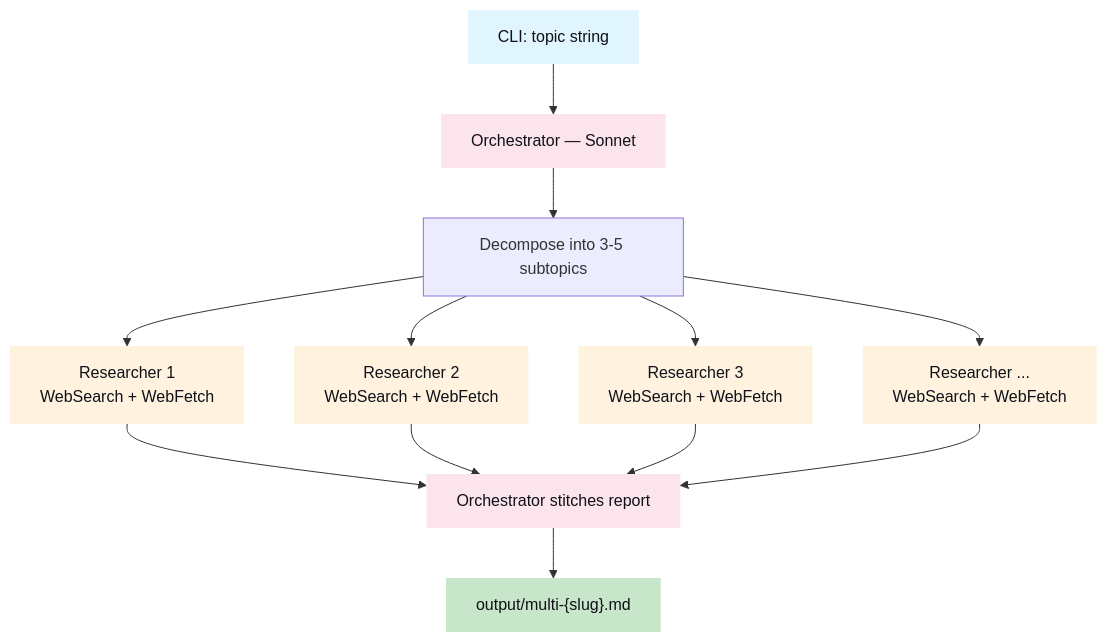
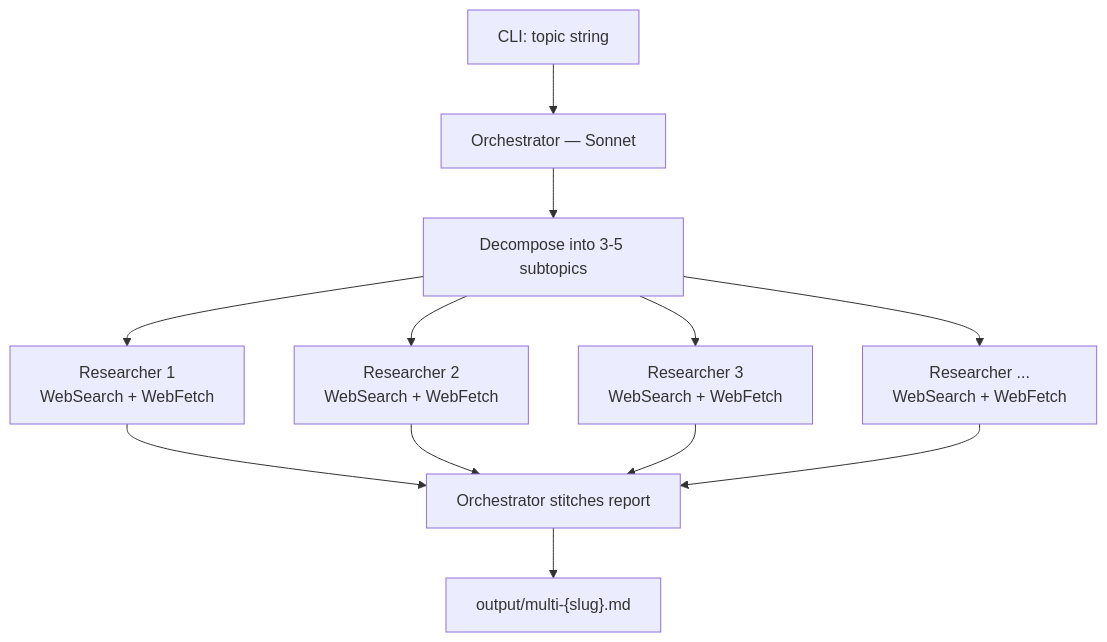
The second of 5 diagrams in README.md (mj-deving/managed-agents-research), drawn with Mermaid before and after one commit. The commit also changed other lines of this file and 1 other file, not shown here.

Commit message:
docs: add MIT license, license badge, remove custom Mermaid colors (use GitHub defaults)

````diff
--- a/README.md
+++ b/README.md
@@ -137,23 +135,15 @@
 ```mermaid
 flowchart TD
     A["CLI: topic string"] --> B["Orchestrator — Sonnet"]
     B --> C["Decompose into 3-5 subtopics"]
     C --> D1["Researcher 1\nWebSearch + WebFetch"]
     C --> D2["Researcher 2\nWebSearch + WebFetch"]
     C --> D3["Researcher 3\nWebSearch + WebFetch"]
     C --> D4["Researcher ...\nWebSearch + WebFetch"]
     D1 --> E["Orchestrator stitches report"]
     D2 --> E
     D3 --> E
     D4 --> E
     E --> F["output/multi-{slug}.md"]
 
-    style A fill:#e1f5fe,color:#0f1117,stroke:none
-    style B fill:#fce4ec,color:#0f1117,stroke:none
-    style D1 fill:#fff3e0,color:#0f1117,stroke:none
-    style D2 fill:#fff3e0,color:#0f1117,stroke:none
-    style D3 fill:#fff3e0,color:#0f1117,stroke:none
-    style D4 fill:#fff3e0,color:#0f1117,stroke:none
-    style E fill:#fce4ec,color:#0f1117,stroke:none
-    style F fill:#c8e6c9,color:#0f1117,stroke:none
 ```
````
